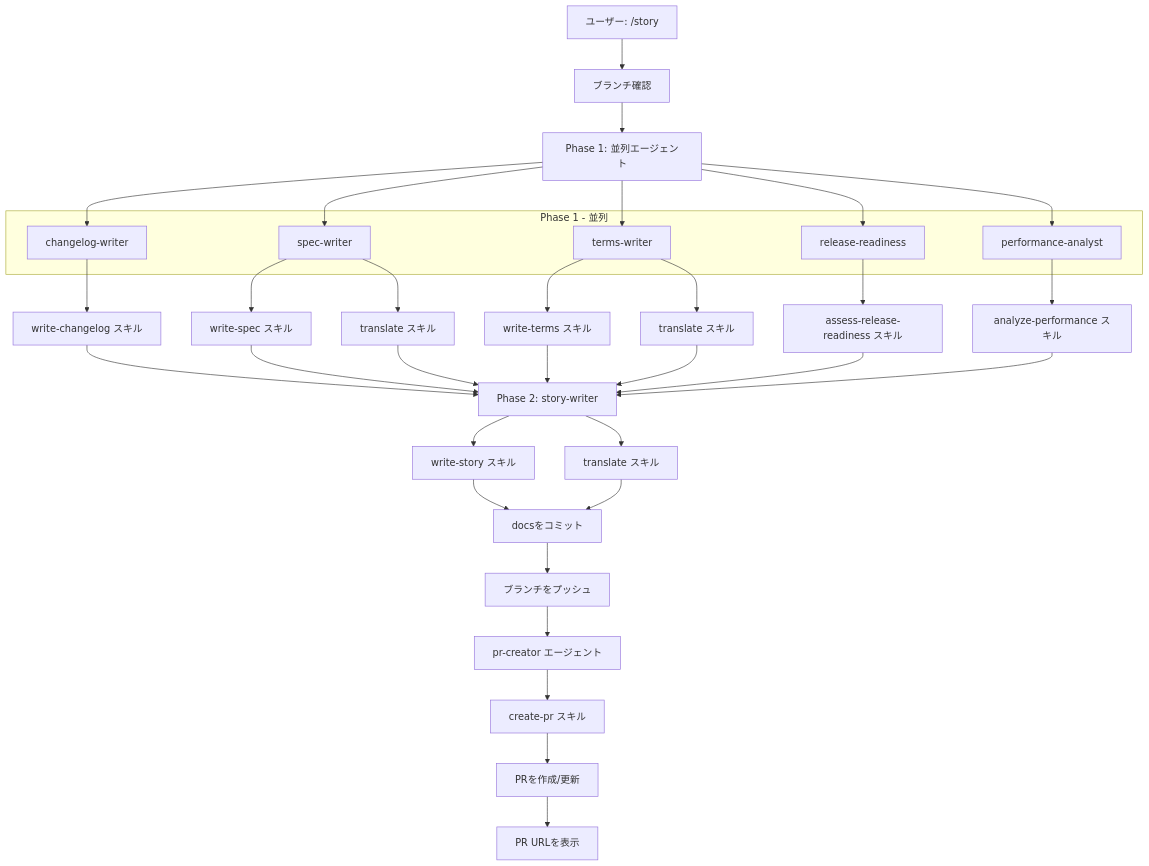
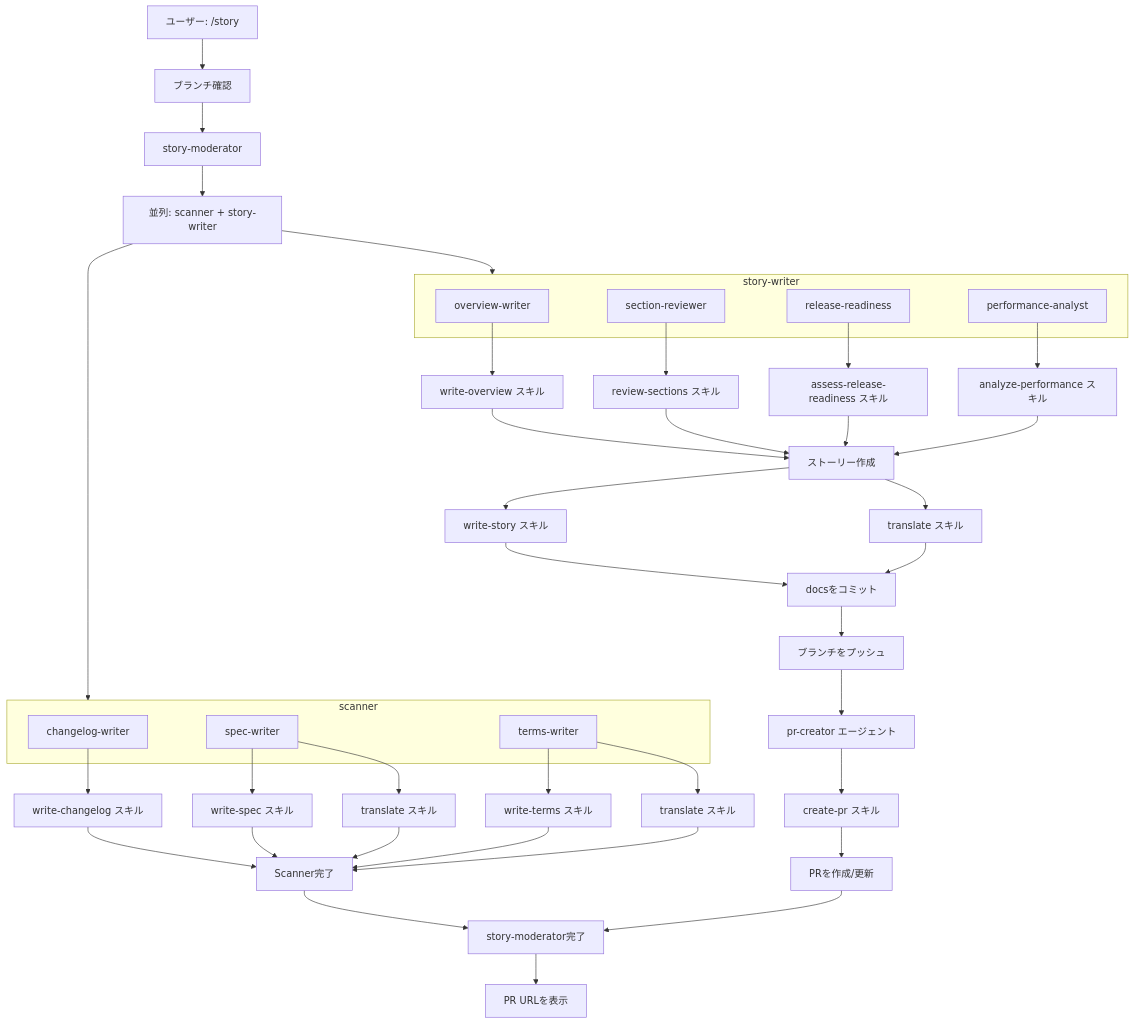
The third of 3 diagrams in .workaholic/specs/command-flows_ja.md (qmu/workaholic), drawn with Mermaid before and after one commit. The commit also changed other lines of this file and 5 other files, not shown here.

````diff
--- a/.workaholic/specs/command-flows_ja.md
+++ b/.workaholic/specs/command-flows_ja.md
@@ -120,35 +120,49 @@
 ```mermaid
 flowchart TD
     A[ユーザー: /story] --> B[ブランチ確認]
-    B --> E[Phase 1: 並列エージェント]
+    B --> SM[story-moderator]
 
-    subgraph Phase1[Phase 1 - 並列]
+    SM --> P1[並列: scanner + story-writer]
+
+    subgraph Scanner[scanner]
         F[changelog-writer]
         G[spec-writer]
         H[terms-writer]
+    end
+
+    subgraph StoryWriter[story-writer]
+        OW[overview-writer]
+        SR[section-reviewer]
         I[release-readiness]
         PA[performance-analyst]
     end
 
-    E --> F & G & H & I & PA
+    P1 --> Scanner
+    P1 --> StoryWriter
 
     F --> F1[write-changelog スキル]
     G --> G1[write-spec スキル]
     G --> G2[translate スキル]
     H --> H1[write-terms スキル]
     H --> H2[translate スキル]
+    OW --> OW1[write-overview スキル]
+    SR --> SR1[review-sections スキル]
     I --> I1[assess-release-readiness スキル]
     PA --> PA1[analyze-performance スキル]
 
-    F1 & G1 & G2 & H1 & H2 & I1 & PA1 --> J[Phase 2: story-writer]
+    F1 & G1 & G2 & H1 & H2 --> SC[Scanner完了]
+    OW1 & SR1 & I1 & PA1 --> SW[ストーリー作成]
 
-    J --> J1[write-story スキル]
-    J --> J2[translate スキル]
+    SW --> J1[write-story スキル]
+    SW --> J2[translate スキル]
 
     J1 & J2 --> K[docsをコミット]
     K --> L[ブランチをプッシュ]
     L --> M[pr-creator エージェント]
     M --> M1[create-pr スキル]
     M1 --> N[PRを作成/更新]
-    N --> O[PR URLを表示]
+
+    SC --> SM2[story-moderator完了]
+    N --> SM2
+    SM2 --> O[PR URLを表示]
 ```
````
